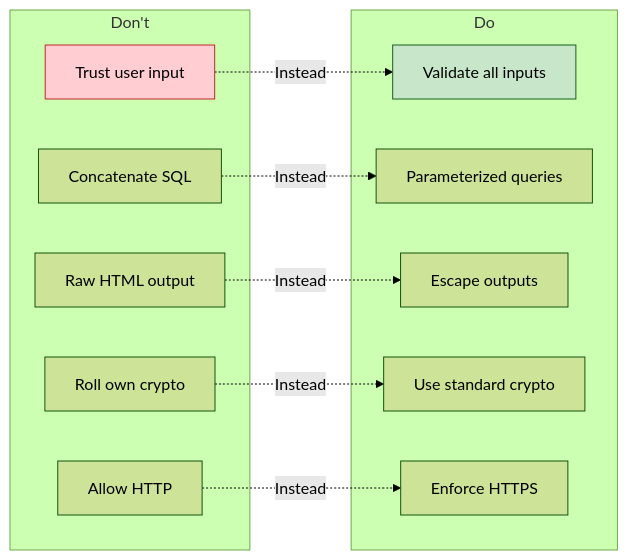
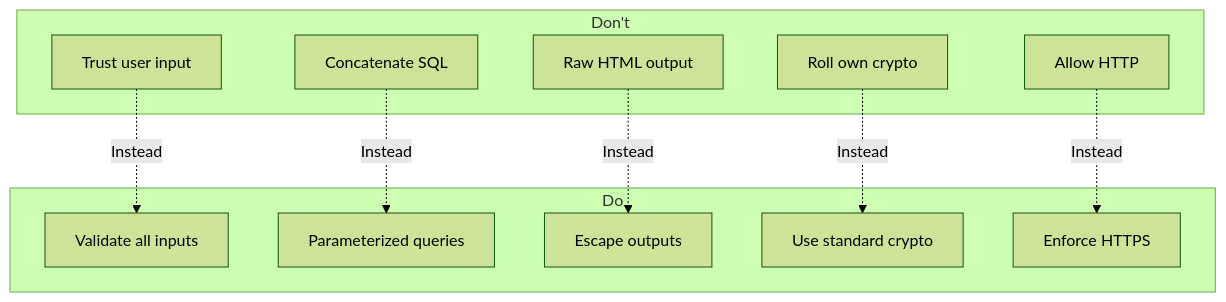
Diagram 11 of 14 in docs/architecture/security.md (o2alexanderfedin/angular-cas-disot), drawn with Mermaid (forest theme) before and after one commit. The commit also changed other lines of this file and 18 other files, not shown here.

````diff
--- a/docs/architecture/security.md
+++ b/docs/architecture/security.md
@@ -351,27 +345,24 @@
 ```mermaid
-graph LR
+graph TD
     subgraph "Do"
         VALIDATE_IN[Validate all inputs]
         PARAM_QUERY[Parameterized queries]
         ESCAPE_OUT[Escape outputs]
         USE_CRYPTO[Use standard crypto]
         HTTPS[Enforce HTTPS]
     end
     
     subgraph "Don't"
         TRUST_INPUT[Trust user input]
         CONCAT_SQL[Concatenate SQL]
         RAW_HTML[Raw HTML output]
         CUSTOM_CRYPTO[Roll own crypto]
         HTTP[Allow HTTP]
     end
     
     TRUST_INPUT -.->|Instead| VALIDATE_IN
     CONCAT_SQL -.->|Instead| PARAM_QUERY
     RAW_HTML -.->|Instead| ESCAPE_OUT
     CUSTOM_CRYPTO -.->|Instead| USE_CRYPTO
     HTTP -.->|Instead| HTTPS
-    
-    style VALIDATE_IN fill:#c8e6c9,stroke:#1b5e20
-    style TRUST_INPUT fill:#ffcdd2,stroke:#c62828
 ```
````
